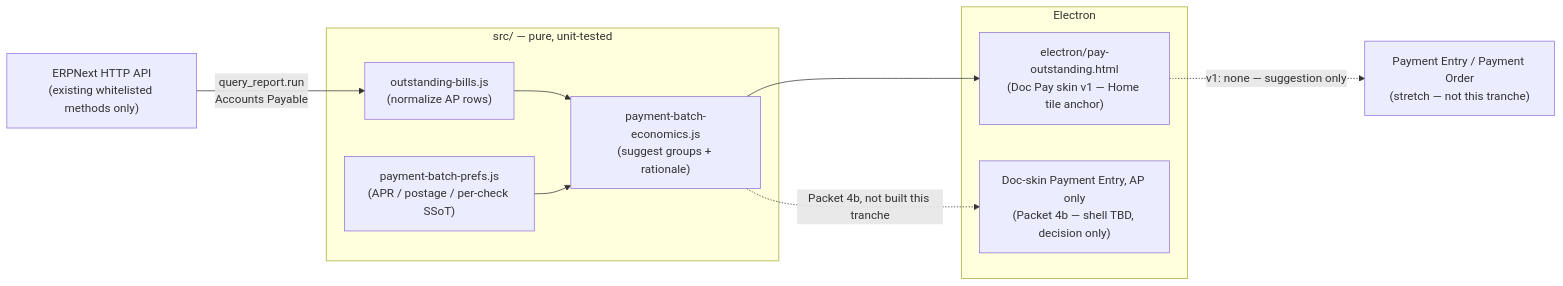
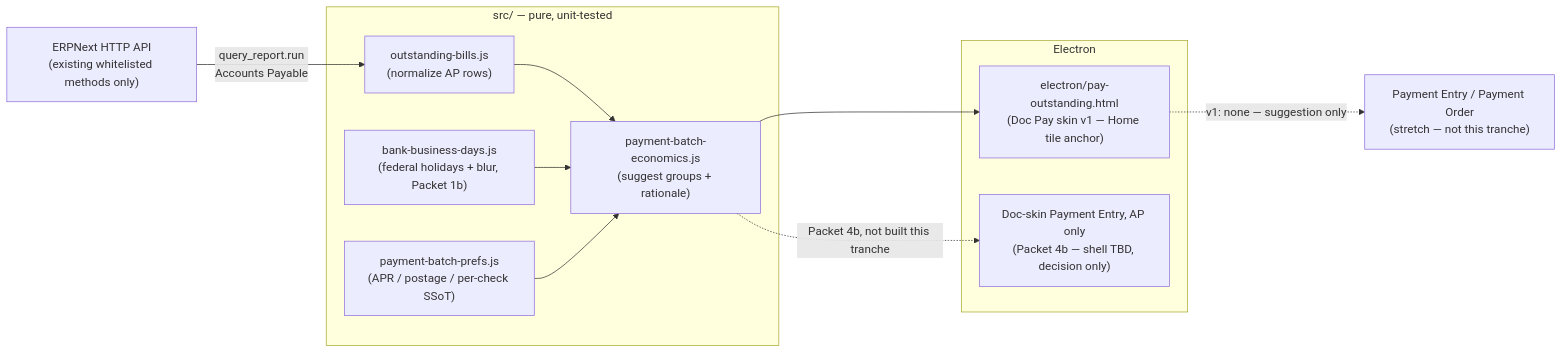
One commit to 5zorro/erpnext-ui-app changed the diagram in docs/implementation-plan-2026-09-03.md. Above: the diagram before and after it, drawn with Mermaid. The commit also changed other lines of this file, not shown here.

First line of the commit message:
docs: add Packet 1b — bank business-day calendar (holidays + blur)

````diff
--- a/docs/implementation-plan-2026-09-03.md
+++ b/docs/implementation-plan-2026-09-03.md
@@ -76,19 +76,21 @@
 ```mermaid
 flowchart LR
   subgraph pure ["src/ — pure, unit-tested"]
     Fetch["outstanding-bills.js\n(normalize AP rows)"]
+    Cal["bank-business-days.js\n(federal holidays + blur, Packet 1b)"]
     Econ["payment-batch-economics.js\n(suggest groups + rationale)"]
     Prefs["payment-batch-prefs.js\n(APR / postage / per-check SSoT)"]
   end
   subgraph shell ["Electron"]
     Page["electron/pay-outstanding.html\n(Doc Pay skin v1 — Home tile anchor)"]
     PEForm["Doc-skin Payment Entry, AP only\n(Packet 4b — shell TBD, decision only)"]
   end
   ERP["ERPNext HTTP API\n(existing whitelisted methods only)"]
   ERP -->|"query_report.run\nAccounts Payable"| Fetch
   Fetch --> Econ
+  Cal --> Econ
   Prefs --> Econ
   Econ --> Page
   Econ -.->|"Packet 4b, not built this tranche"| PEForm
   Page -.->|"v1: none — suggestion only"| Write["Payment Entry / Payment Order\n(stretch — not this tranche)"]
 ```
````
